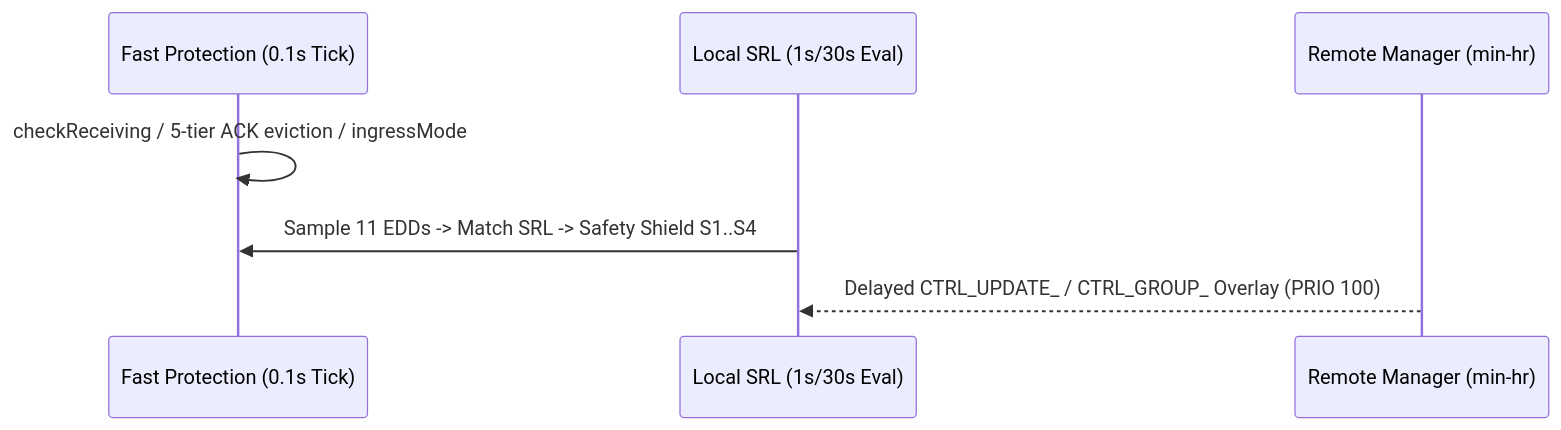
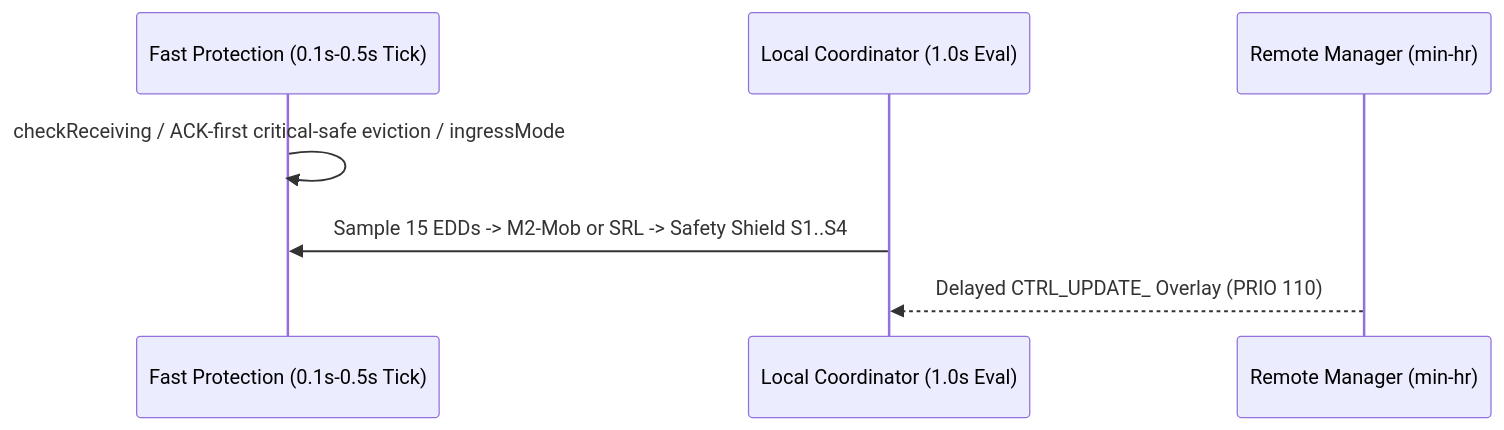
One commit to nafisshahriar/ADTNM changed the diagram in docs/study-guide/figures/mmd/fig02_three_timescales.mmd. Above: the diagram before and after it, drawn with Mermaid. The commit also changed 186 other files, not shown here.

```diff
--- a/docs/study-guide/figures/mmd/fig02_three_timescales.mmd
+++ b/docs/study-guide/figures/mmd/fig02_three_timescales.mmd
@@ -1,7 +1,7 @@
 sequenceDiagram
-  participant Fast as Fast Protection (0.1s Tick)
-  participant Local as Local SRL (1s/30s Eval)
+  participant Fast as Fast Protection (0.1s-0.5s Tick)
+  participant Local as Local Coordinator (1.0s Eval)
   participant Remote as Remote Manager (min-hr)
-  Fast->>Fast: checkReceiving / 5-tier ACK eviction / ingressMode
-  Local->>Fast: Sample 11 EDDs -> Match SRL -> Safety Shield S1..S4
-  Remote-->>Local: Delayed CTRL_UPDATE_ / CTRL_GROUP_ Overlay (PRIO 100)
+  Fast->>Fast: checkReceiving / ACK-first critical-safe eviction / ingressMode
+  Local->>Fast: Sample 15 EDDs -> M2-Mob or SRL -> Safety Shield S1..S4
+  Remote-->>Local: Delayed CTRL_UPDATE_ Overlay (PRIO 110)
```
